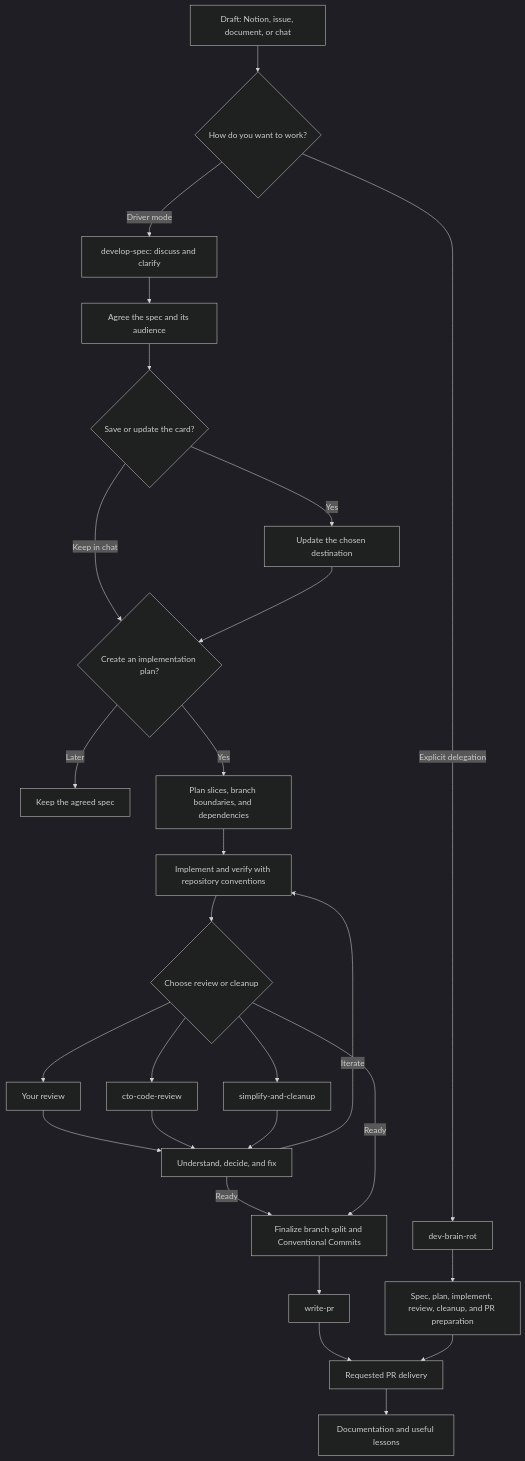
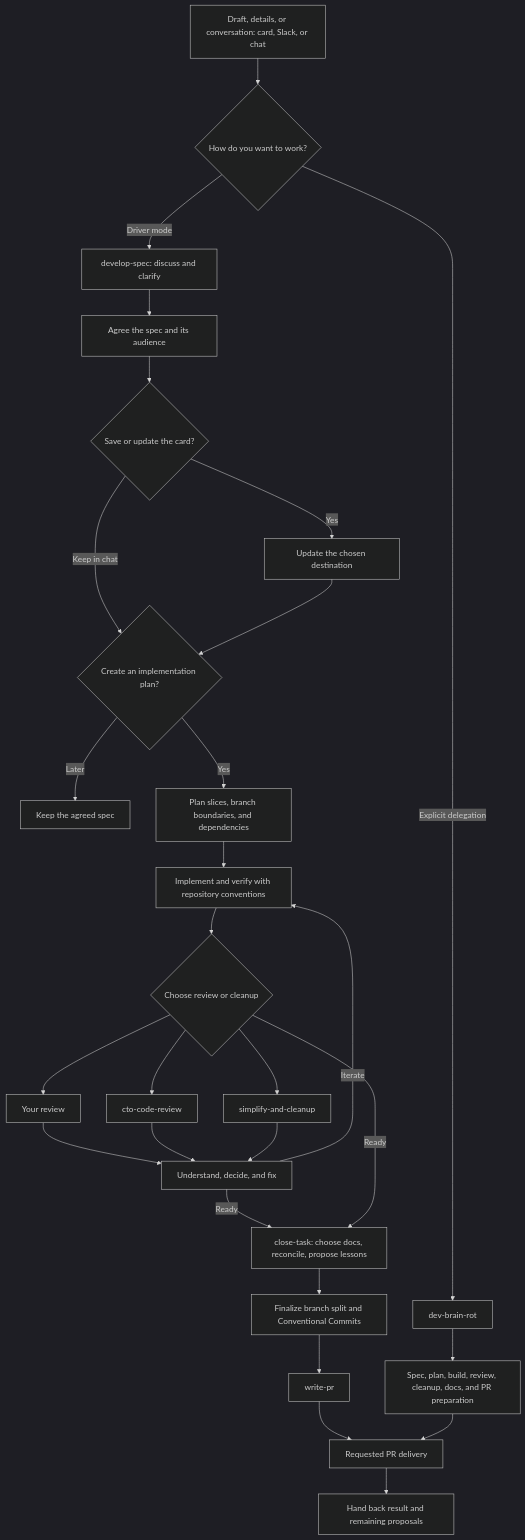
Before and after one commit to GigiLoria5/agent-skills: the diagram in README.md, drawn with Mermaid (dark theme). The commit also changed other lines of this file and 1 other file, not shown here.

Commit message:
docs: describe focused spec work and task closure

````diff
--- a/README.md
+++ b/README.md
@@ -85,29 +115,30 @@
 ```mermaid
 flowchart TD
-    A["Draft: Notion, issue, document, or chat"] --> B{"How do you want to work?"}
+    A["Draft, details, or conversation: card, Slack, or chat"] --> B{"How do you want to work?"}
     B -->|Driver mode| C["develop-spec: discuss and clarify"]
     C --> D["Agree the spec and its audience"]
     D --> E{"Save or update the card?"}
     E -->|Yes| F["Update the chosen destination"]
     E -->|Keep in chat| G{"Create an implementation plan?"}
     F --> G
     G -->|Later| H["Keep the agreed spec"]
     G -->|Yes| I["Plan slices, branch boundaries, and dependencies"]
     I --> J["Implement and verify with repository conventions"]
     J --> K{"Choose review or cleanup"}
     K --> L["Your review"]
     K --> M["cto-code-review"]
     K --> N["simplify-and-cleanup"]
     L --> O["Understand, decide, and fix"]
     M --> O
     N --> O
     O -->|Iterate| J
-    O -->|Ready| P["Finalize branch split and Conventional Commits"]
-    K -->|Ready| P
+    O -->|Ready| V["close-task: choose docs, reconcile, propose lessons"]
+    K -->|Ready| V
+    V --> P["Finalize branch split and Conventional Commits"]
     P --> Q["write-pr"]
     Q --> R["Requested PR delivery"]
     B -->|Explicit delegation| S["dev-brain-rot"]
-    S --> T["Spec, plan, implement, review, cleanup, and PR preparation"]
+    S --> T["Spec, plan, build, review, cleanup, docs, and PR preparation"]
     T --> R
-    R --> U["Documentation and useful lessons"]
+    R --> U["Hand back result and remaining proposals"]
 ```
````
